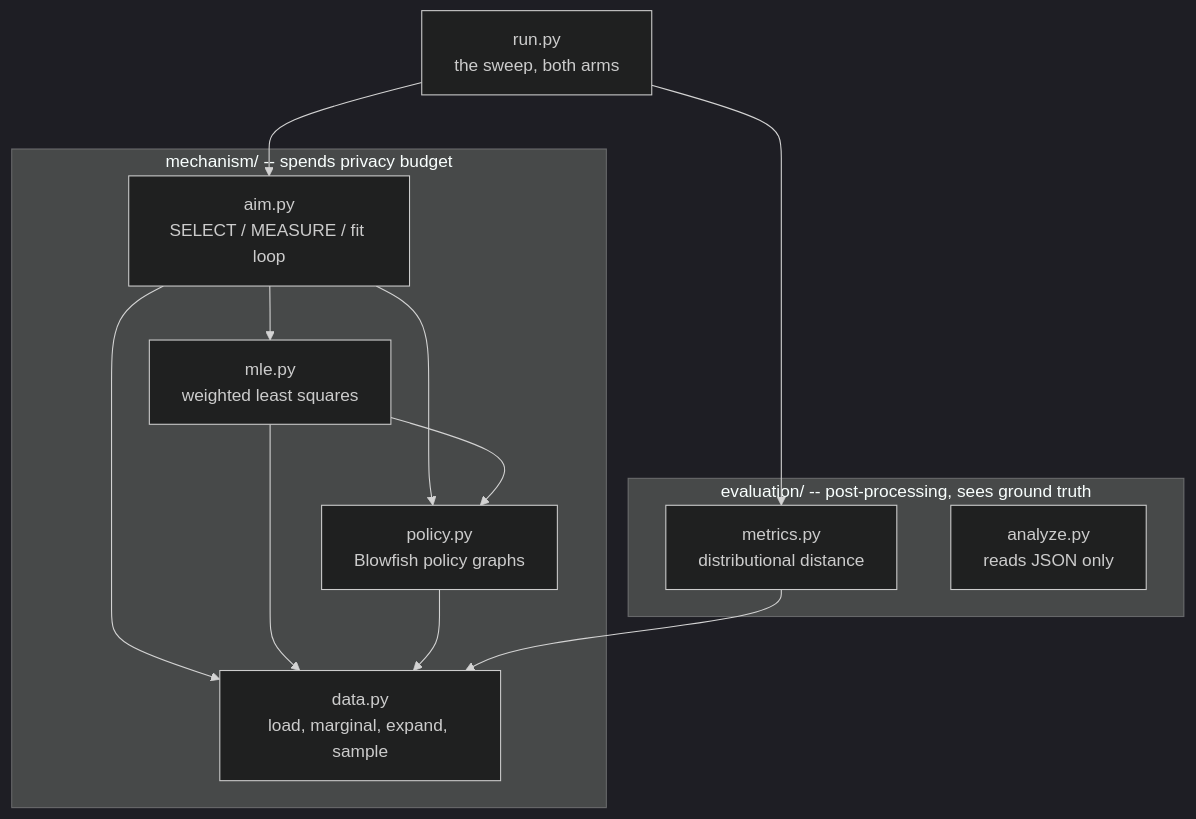
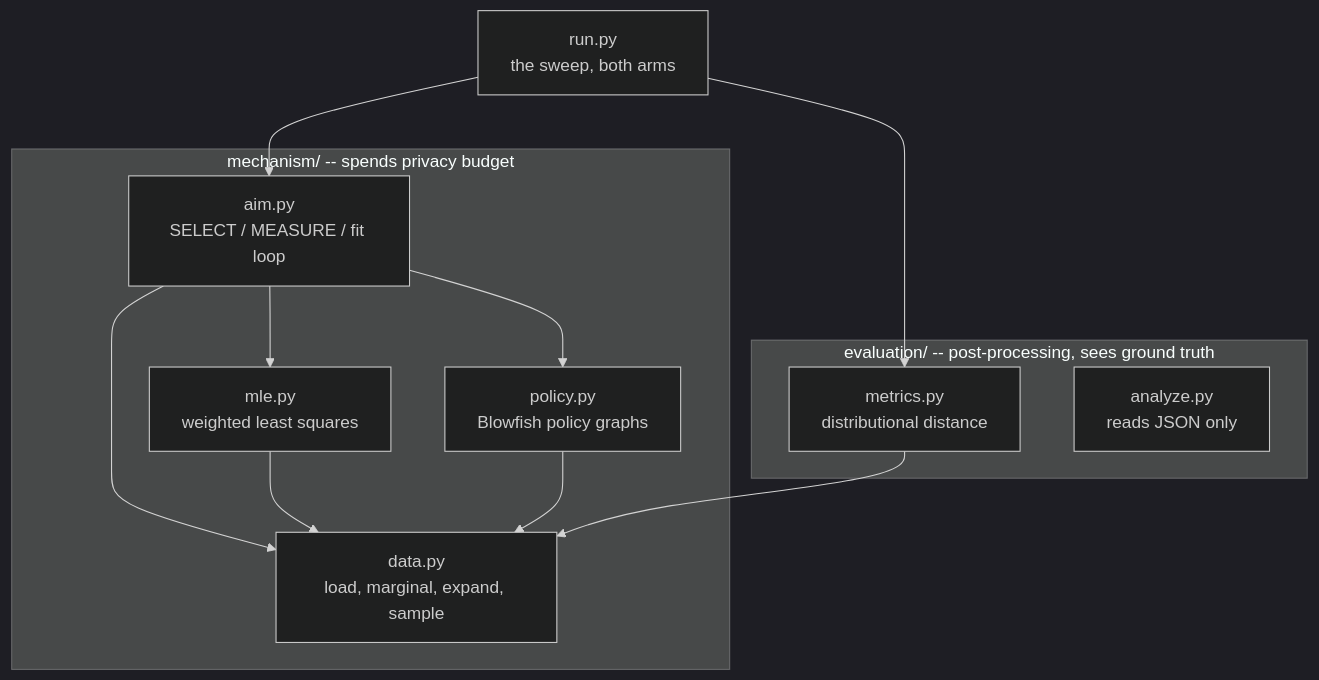
The first of 3 diagrams in docs/architecture.md (gauthamramesh3110/blowfish-aim-adult), drawn with Mermaid (dark theme) before and after one commit. The commit also changed other lines of this file and 13 other files, not shown here.

````diff
--- a/docs/architecture.md
+++ b/docs/architecture.md
@@ -56,26 +59,25 @@
 ```mermaid
 graph TD
     run["run.py<br/>the sweep, both arms"]
 
     subgraph mechanism["mechanism/ -- spends privacy budget"]
         aim["aim.py<br/>SELECT / MEASURE / fit loop"]
         mle["mle.py<br/>weighted least squares"]
         policy["policy.py<br/>Blowfish policy graphs"]
         data["data.py<br/>load, marginal, expand, sample"]
     end
 
     subgraph evaluation["evaluation/ -- post-processing, sees ground truth"]
         metrics["metrics.py<br/>distributional distance"]
         analyze["analyze.py<br/>reads JSON only"]
     end
 
     run --> aim
     run --> metrics
     aim --> mle
     aim --> policy
     aim --> data
-    mle --> policy
     mle --> data
     policy --> data
     metrics --> data
 ```
````
